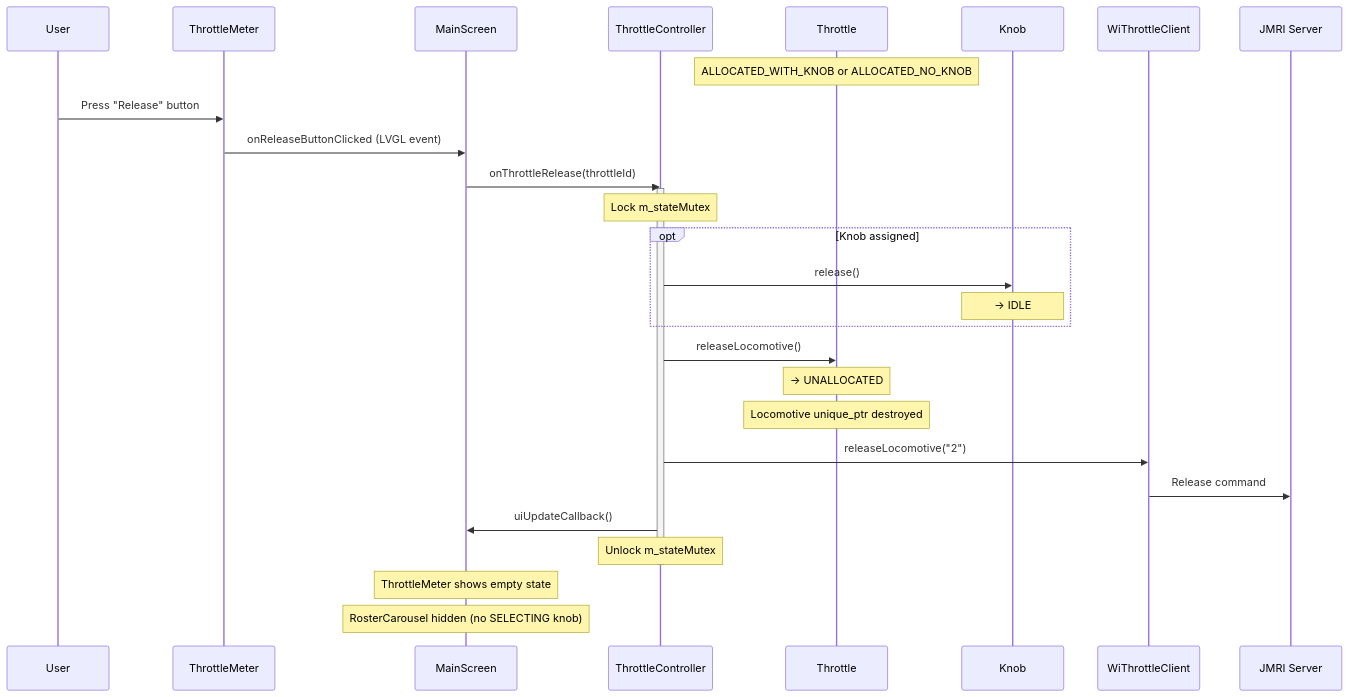
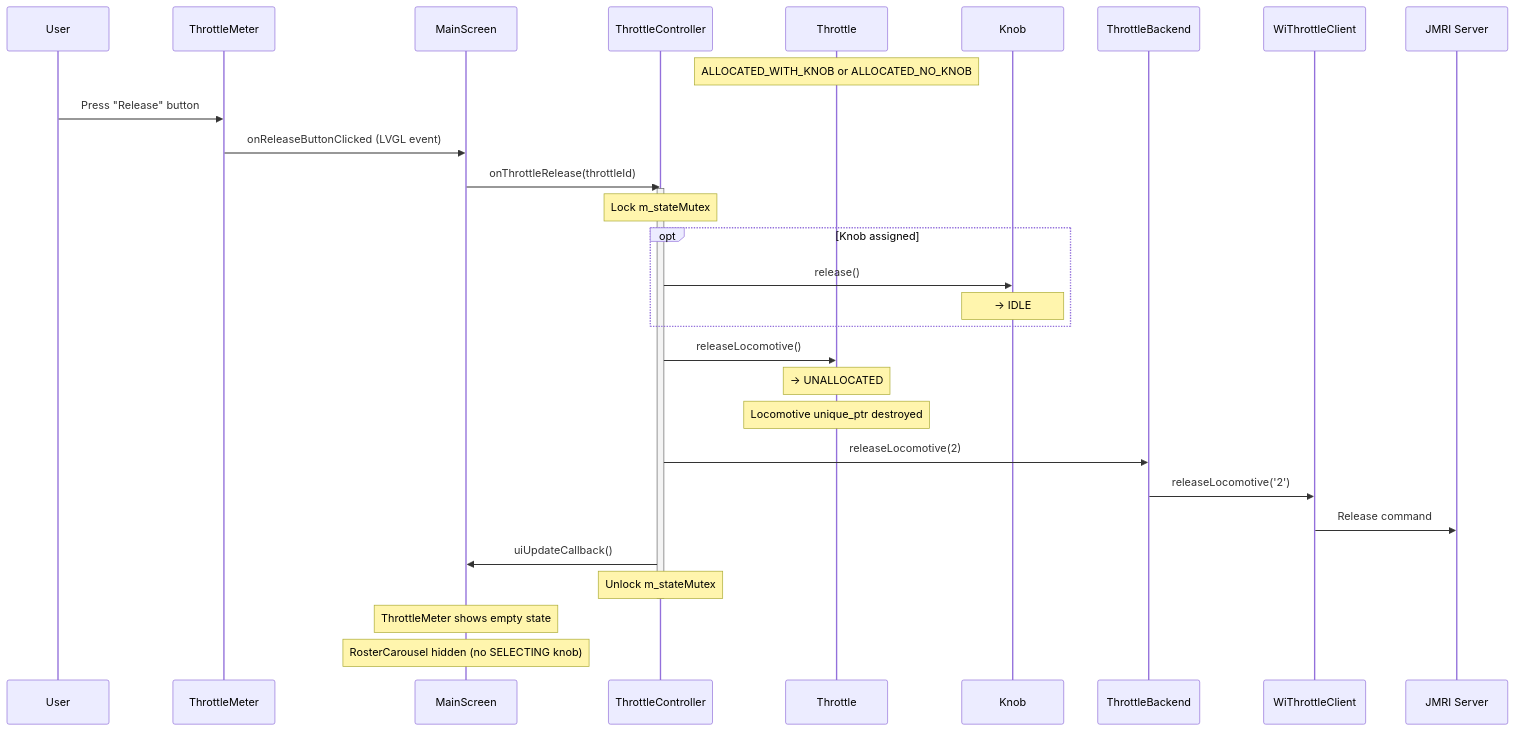
The diagram in docs/flows/RELEASE_FLOW.md (bazauto/esp-layout-controller), drawn with Mermaid before and after one commit. The commit also changed 19 other files, not shown here.

````diff
--- a/docs/flows/RELEASE_FLOW.md
+++ b/docs/flows/RELEASE_FLOW.md
@@ -11,39 +11,41 @@
 ```mermaid
 sequenceDiagram
     participant User
     participant TM as ThrottleMeter
     participant MS as MainScreen
     participant TC as ThrottleController
     participant T as Throttle
     participant K as Knob
+    participant TB as ThrottleBackend
     participant WT as WiThrottleClient
     participant JMRI as JMRI Server
 
     Note over T: ALLOCATED_WITH_KNOB or ALLOCATED_NO_KNOB
     
     User->>TM: Press "Release" button
     TM->>MS: onReleaseButtonClicked (LVGL event)
     MS->>TC: onThrottleRelease(throttleId)
 
     activate TC
     Note over TC: Lock m_stateMutex
 
     opt Knob assigned
         TC->>K: release()
         Note over K: → IDLE
     end
 
     TC->>T: releaseLocomotive()
     Note over T: → UNALLOCATED
     Note over T: Locomotive unique_ptr destroyed
 
-    TC->>WT: releaseLocomotive("2")
+    TC->>TB: releaseLocomotive(2)
+    TB->>WT: releaseLocomotive('2')
     WT->>JMRI: Release command
 
     TC->>MS: uiUpdateCallback()
     Note over TC: Unlock m_stateMutex
     deactivate TC
 
     Note over MS: ThrottleMeter shows empty state
     Note over MS: RosterCarousel hidden (no SELECTING knob)
 ```
````
